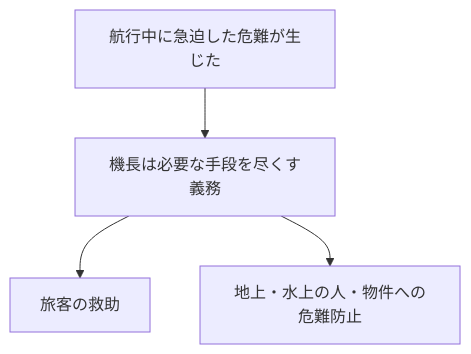
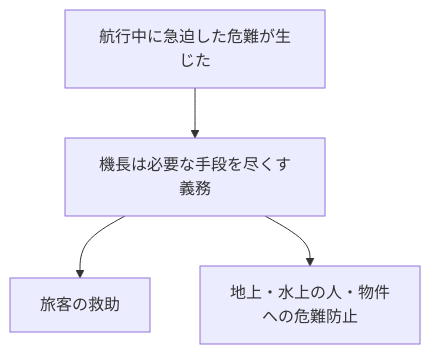
One commit to yonemotoBB/pil changed the tenth of 30 diagrams in chapters/06_第六章.md. Above: the diagram before and after it, drawn with Mermaid. The commit also changed other lines of this file, not shown here.

````diff
--- a/chapters/06_第六章.md
+++ b/chapters/06_第六章.md
@@ -604,6 +604,6 @@
 ```mermaid
 flowchart TD
   A["航行中に急迫した危難が生じた"] --> B["機長は必要な手段を尽くす義務"]
   B --> C["旅客の救助"]
-  B --> Dd["地上・水上の人・物件への危難防止"]
+  B --> Dd["地上・水上の人・物件<br>への危難防止"]
 ```
````
